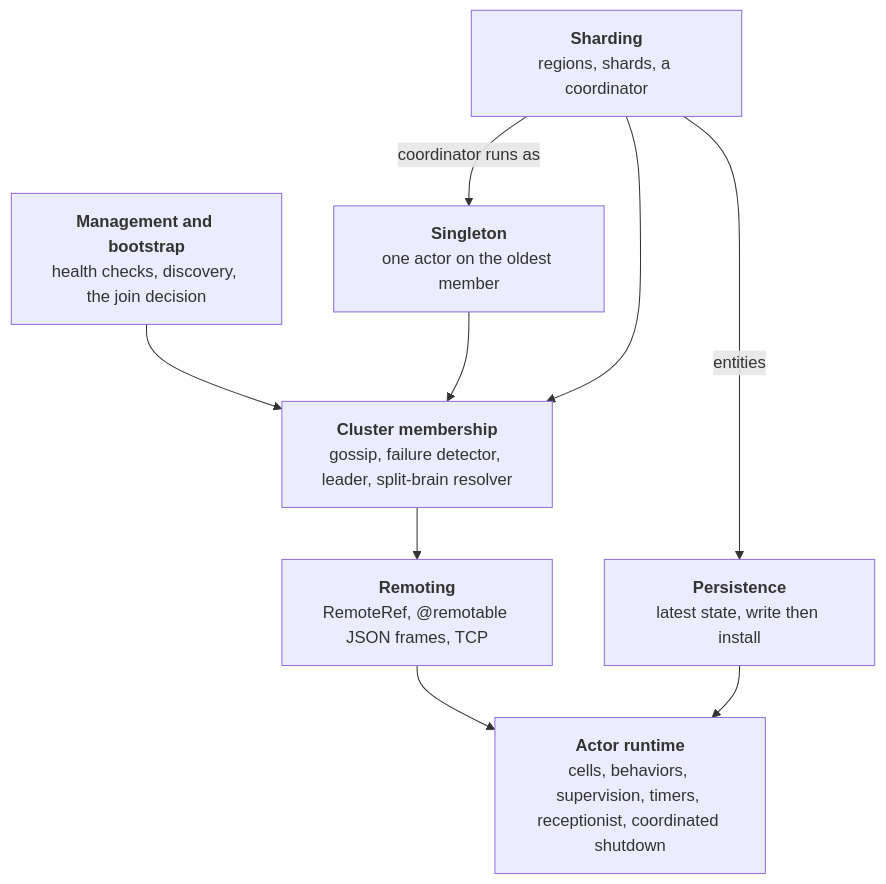
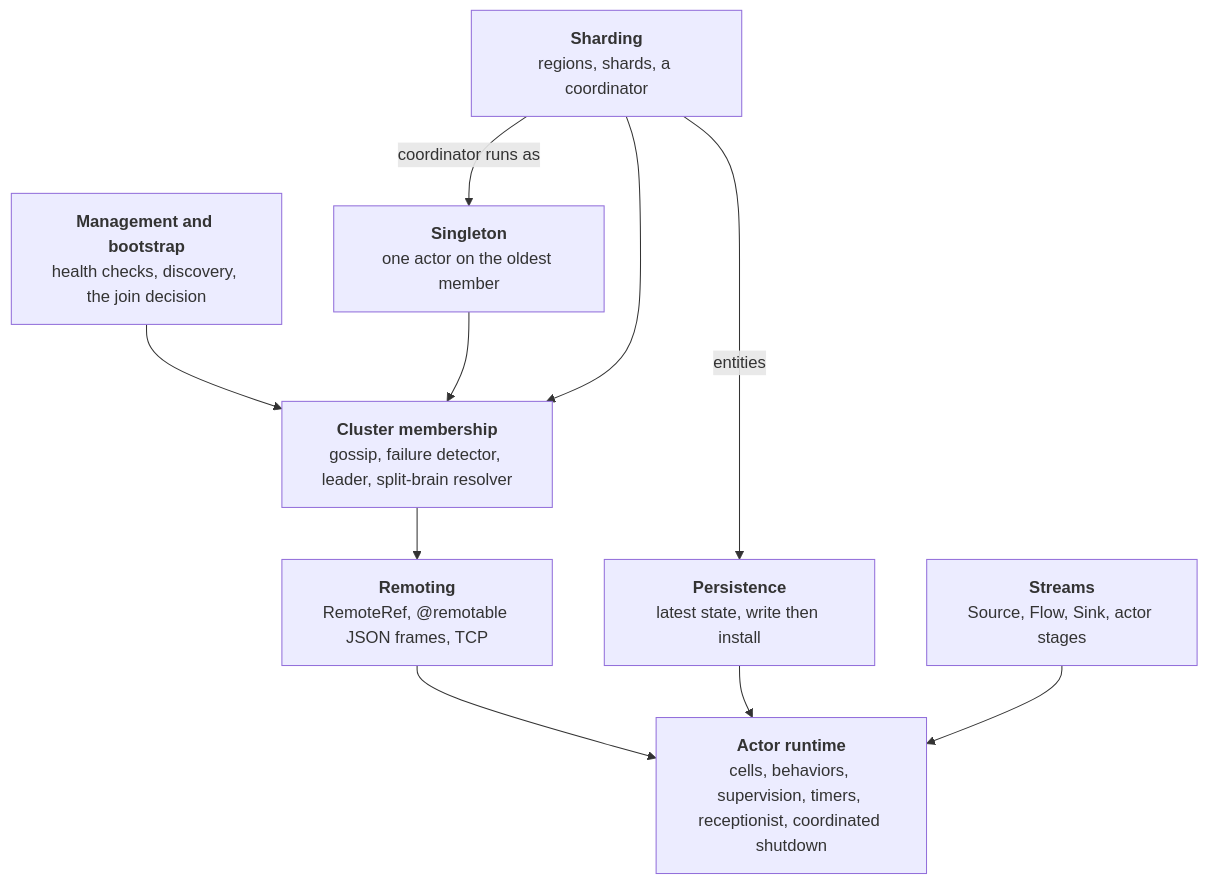
The diagram in docs/book/README.md (hanishi/ohra), drawn with Mermaid before and after one commit. The commit also changed other lines of this file and 14 other files, not shown here.

````diff
--- a/docs/book/README.md
+++ b/docs/book/README.md
@@ -17,18 +17,20 @@
 ```mermaid
 flowchart TB
   mgmt["<b>Management and bootstrap</b><br/>health checks, discovery, the join decision"]
   singleton["<b>Singleton</b><br/>one actor on the oldest member"]
   sharding["<b>Sharding</b><br/>regions, shards, a coordinator"]
   membership["<b>Cluster membership</b><br/>gossip, failure detector, leader, split-brain resolver"]
   remoting["<b>Remoting</b><br/>RemoteRef, @remotable JSON frames, TCP"]
   persistence["<b>Persistence</b><br/>latest state, write then install"]
+  streams["<b>Streams</b><br/>Source, Flow, Sink, actor stages"]
   runtime["<b>Actor runtime</b><br/>cells, behaviors, supervision, timers, receptionist, coordinated shutdown"]
   mgmt --> membership
   sharding -- coordinator runs as --> singleton
   sharding -- entities --> persistence
   singleton --> membership
   sharding --> membership
   membership --> remoting
   remoting --> runtime
   persistence --> runtime
+  streams --> runtime
 ```
````
